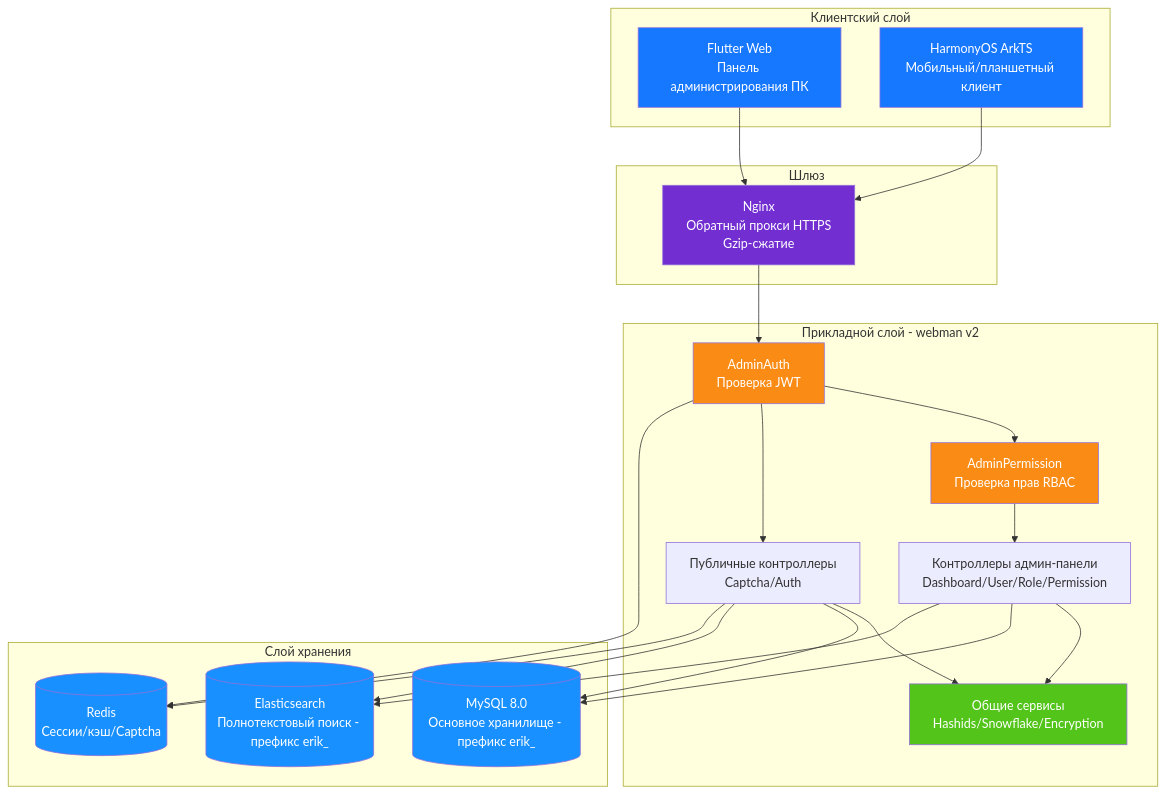
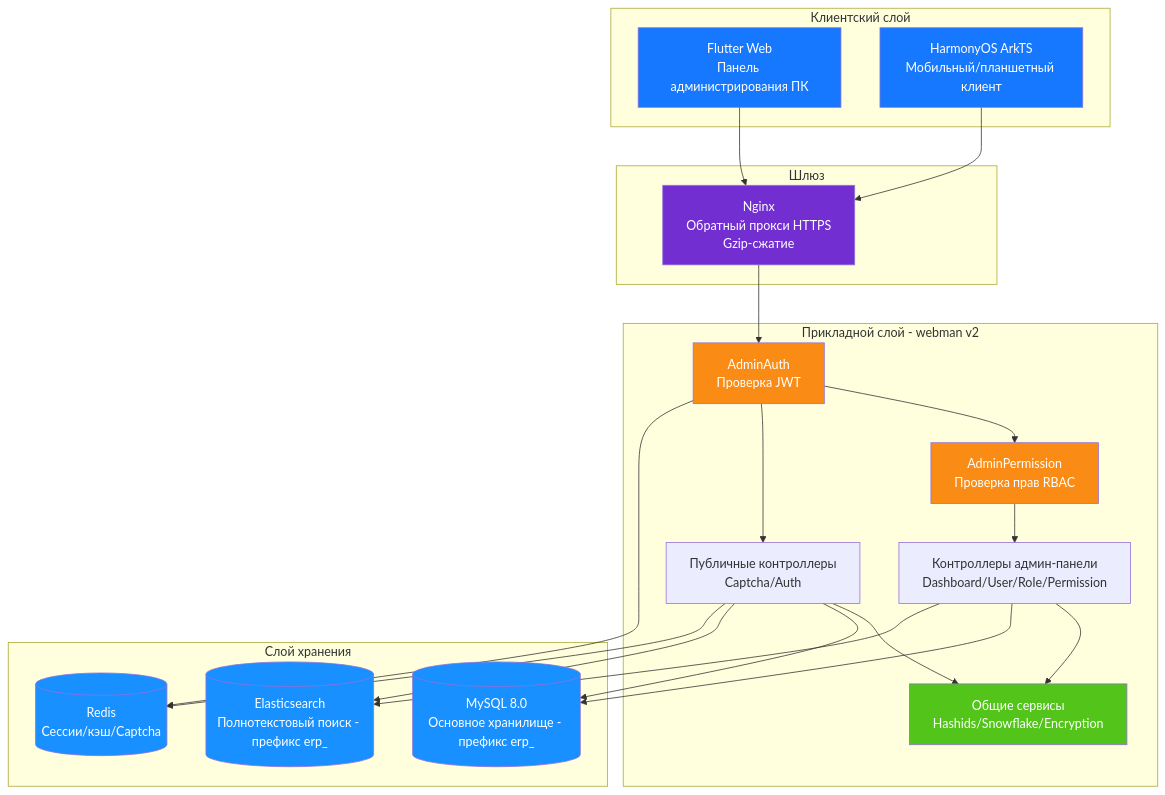
Before and after one commit to erikwang2013/erp-php: the diagram in docs/i18n/ru/diagrams/01-system-architecture.md, drawn with Mermaid. The commit also changed 449 other files, not shown here.

First line of the commit message:
全局命名统一：数据库 erp、表前缀 erp_、Redis 前缀 erp:（原 erik_/open_admin）

````diff
--- a/docs/i18n/ru/diagrams/01-system-architecture.md
+++ b/docs/i18n/ru/diagrams/01-system-architecture.md
@@ -3,50 +3,50 @@
 ```mermaid
 flowchart TB
     subgraph clients["Клиентский слой"]
         flutter["Flutter Web<br/>Панель администрирования ПК"]
         harmony["HarmonyOS ArkTS<br/>Мобильный/планшетный клиент"]
     end
 
     subgraph gateway["Шлюз"]
         nginx["Nginx<br/>Обратный прокси HTTPS<br/>Gzip-сжатие"]
     end
 
     subgraph app["Прикладной слой - webman v2"]
         auth["AdminAuth<br/>Проверка JWT"]
         perm["AdminPermission<br/>Проверка прав RBAC"]
         admin["Контроллеры админ-панели<br/>Dashboard/User/Role/Permission"]
         public["Публичные контроллеры<br/>Captcha/Auth"]
         common["Общие сервисы<br/>Hashids/Snowflake/Encryption"]
     end
 
     subgraph storage["Слой хранения"]
-        mysql[("MySQL 8.0<br/>Основное хранилище - префикс erik_")]
-        es[("Elasticsearch<br/>Полнотекстовый поиск - префикс erik_")]
+        mysql[("MySQL 8.0<br/>Основное хранилище - префикс erp_")]
+        es[("Elasticsearch<br/>Полнотекстовый поиск - префикс erp_")]
         redis[("Redis<br/>Сессии/кэш/Captcha")]
     end
 
     flutter --> nginx
     harmony --> nginx
     nginx --> auth
     auth --> perm
     perm --> admin
     auth --> public
     admin --> common
     public --> common
     admin --> mysql
     public --> mysql
     admin --> es
     public --> es
     auth --> redis
     public --> redis
 
     style flutter fill:#1677FF,color:#fff
     style harmony fill:#1677FF,color:#fff
     style nginx fill:#722ED1,color:#fff
     style auth fill:#FA8C16,color:#fff
     style perm fill:#FA8C16,color:#fff
     style common fill:#52C41A,color:#fff
     style mysql fill:#1890FF,color:#fff
     style es fill:#1890FF,color:#fff
     style redis fill:#1890FF,color:#fff
 ```
````
